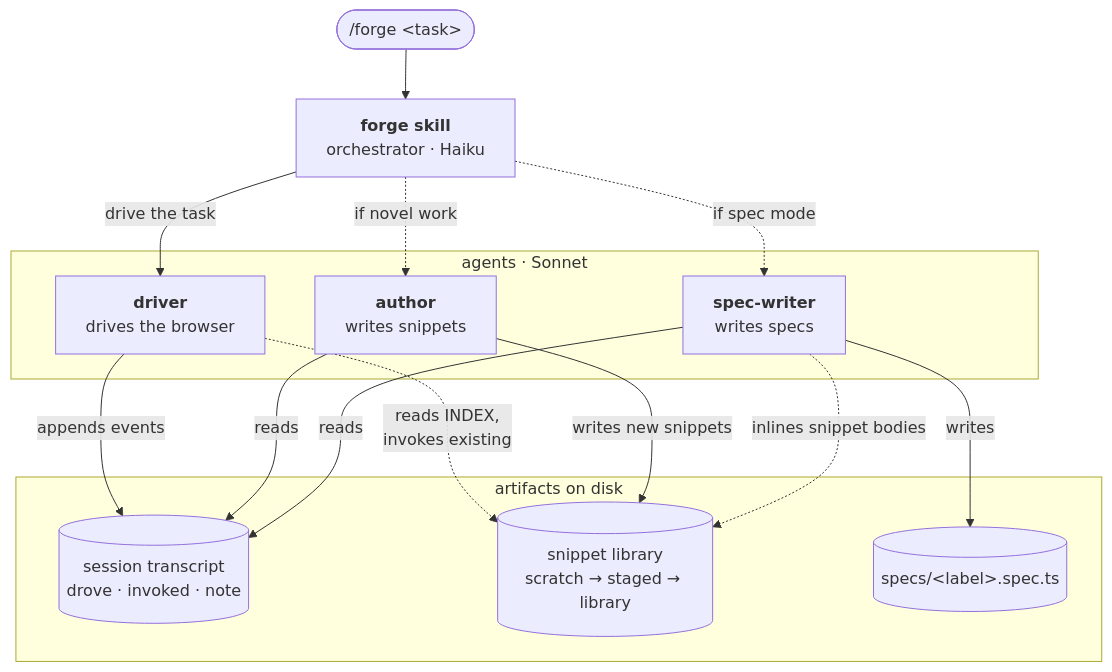
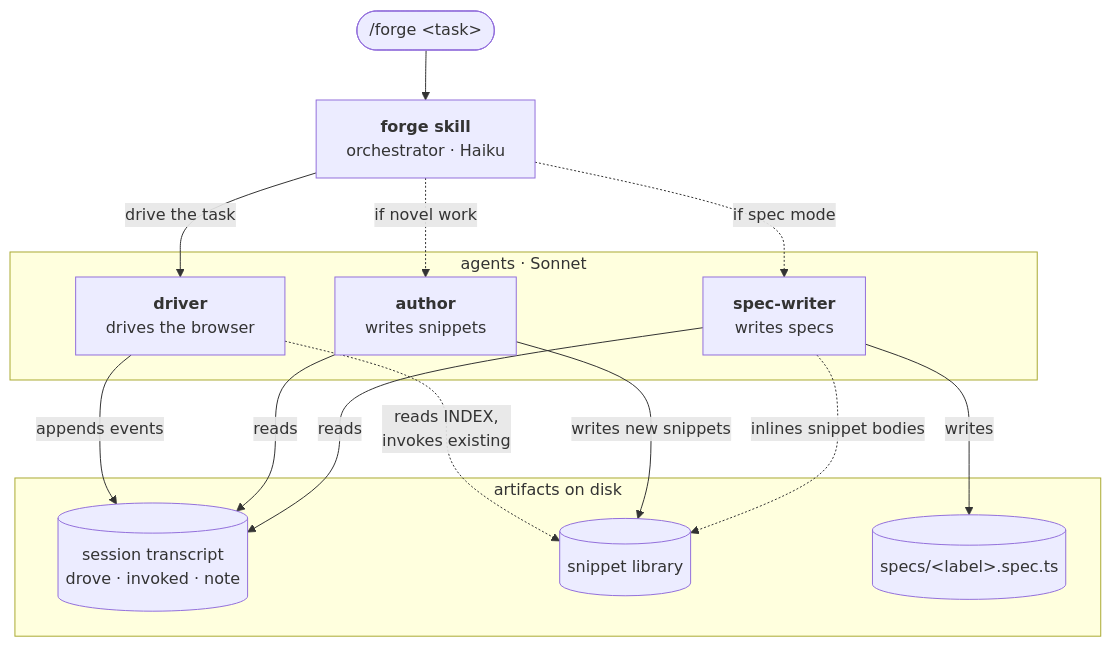
One commit to vivecuervo7/forge changed the first of 2 diagrams in README.md. Above: the diagram before and after it, drawn with Mermaid. The commit also changed other lines of this file, not shown here.

First line of the commit message:
docs(forge): restructure README, drop cost-figures table, add lifecycle diagram

````diff
--- a/README.md
+++ b/README.md
@@ -15,29 +48,29 @@
 ```mermaid
 flowchart TB
     User(["/forge &lt;task&gt;"])
     Skill["<b>forge skill</b><br/>orchestrator · Haiku"]
 
     subgraph agents["agents · Sonnet"]
         Driver["<b>driver</b><br/>drives the browser"]
         Author["<b>author</b><br/>writes snippets"]
         SpecWriter["<b>spec-writer</b><br/>writes specs"]
     end
 
     subgraph artifacts["artifacts on disk"]
         Transcript[("session transcript<br/>drove · invoked · note")]
-        Library[("snippet library<br/>scratch → staged → library")]
+        Library[("snippet library")]
         Specs[("specs/&lt;label&gt;.spec.ts")]
     end
 
     User --> Skill
     Skill -- "drive the task" --> Driver
     Driver -. "reads INDEX,<br/>invokes existing" .-> Library
     Driver -- "appends events" --> Transcript
     Skill -. "if novel work" .-> Author
     Skill -. "if spec mode" .-> SpecWriter
     Author -- "reads" --> Transcript
     Author -- "writes new snippets" --> Library
     SpecWriter -- "reads" --> Transcript
     SpecWriter -. "inlines snippet bodies" .-> Library
     SpecWriter -- "writes" --> Specs
 ```
````
